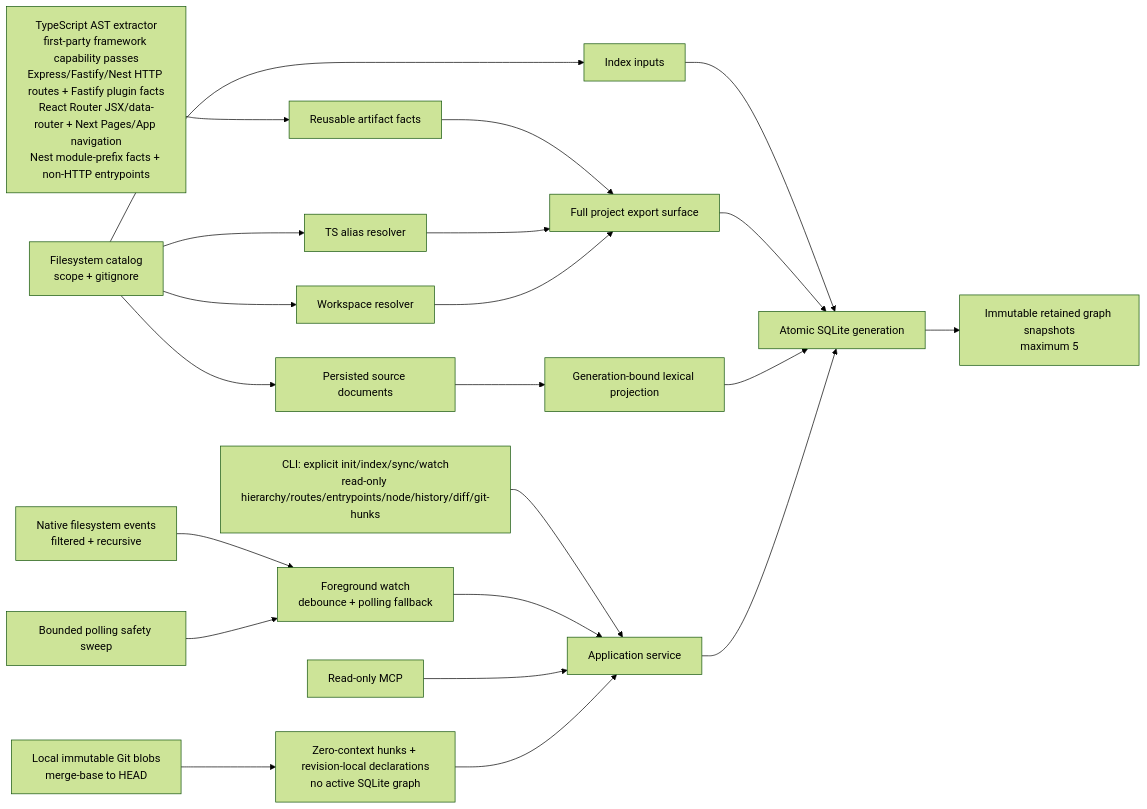
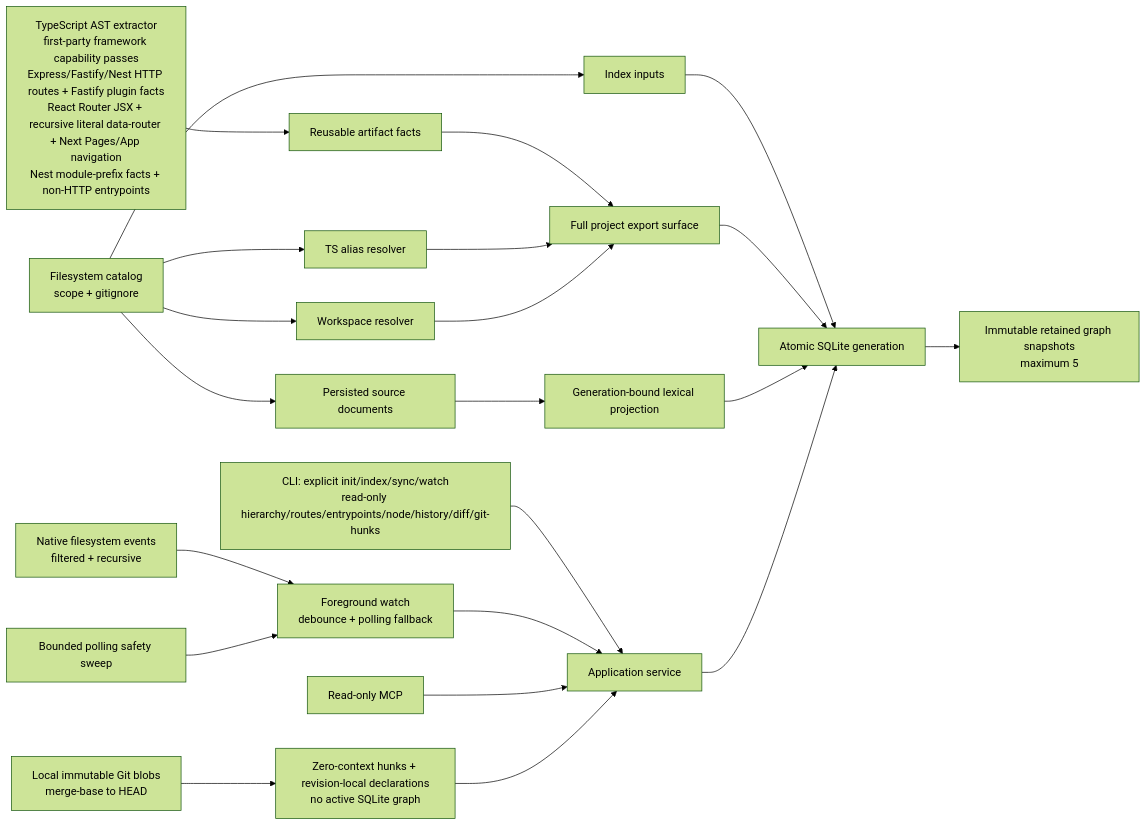
One commit to HsinPu/SymbolLattice changed the diagram in README.md. Above: the diagram before and after it, drawn with Mermaid (forest theme). The commit also changed other lines of this file and 10 other files, not shown here.

````diff
--- a/README.md
+++ b/README.md
@@ -851,23 +865,23 @@
 ```mermaid
 flowchart LR
   CLI["CLI: explicit init/index/sync/watch\nread-only hierarchy/routes/entrypoints/node/history/diff/git-hunks"] --> App["Application service"]
   Native["Native filesystem events\nfiltered + recursive"] --> Watch["Foreground watch\ndebounce + polling fallback"]
   Timer["Bounded polling safety sweep"] --> Watch
   Watch --> App
   MCP["Read-only MCP"] --> App
   Git["Local immutable Git blobs\nmerge-base to HEAD"] --> GitHunks["Zero-context hunks + revision-local declarations\nno active SQLite graph"] --> App
   Catalog["Filesystem catalog\nscope + gitignore"] --> Inputs["Index inputs"]
   Catalog --> TS["TS alias resolver"]
   Catalog --> WS["Workspace resolver"]
-  Extractor["TypeScript AST extractor\nfirst-party framework capability passes\nExpress/Fastify/Nest HTTP routes + Fastify plugin facts\nReact Router JSX/data-router + Next Pages/App navigation\nNest module-prefix facts + non-HTTP entrypoints"] --> Facts["Reusable artifact facts"]
+  Extractor["TypeScript AST extractor\nfirst-party framework capability passes\nExpress/Fastify/Nest HTTP routes + Fastify plugin facts\nReact Router JSX + recursive literal data-router + Next Pages/App navigation\nNest module-prefix facts + non-HTTP entrypoints"] --> Facts["Reusable artifact facts"]
   Catalog --> SourceDocs["Persisted source documents"]
   SourceDocs --> Retrieval["Generation-bound lexical projection"]
   Facts --> Resolver["Full project export surface"]
   TS --> Resolver
   WS --> Resolver
   Inputs --> SQLite["Atomic SQLite generation"]
   Resolver --> SQLite
   Retrieval --> SQLite
   SQLite --> Retained["Immutable retained graph snapshots\nmaximum 5"]
   App --> SQLite
 ```
````
